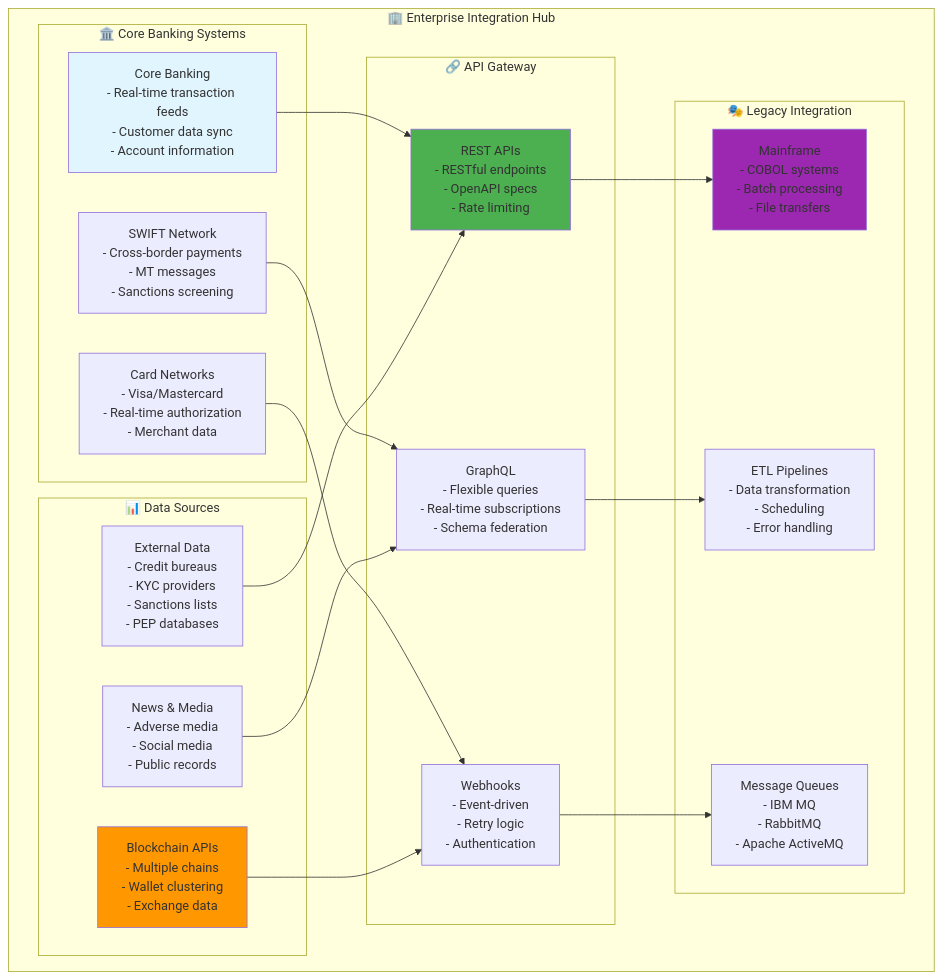
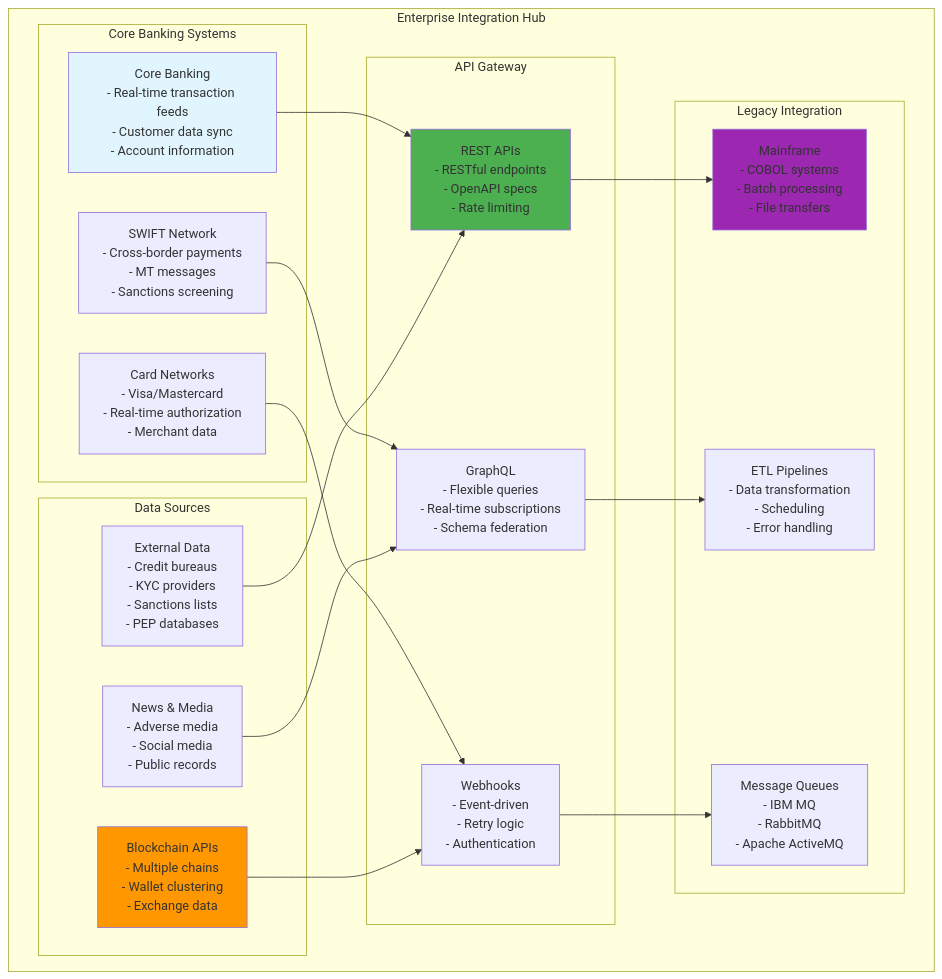
One commit to gregorizeidler-cw/LavandowskI-Chatbot changed diagram 11 of 11 in README.md. Above: the diagram before and after it, drawn with Mermaid. The commit also changed other lines of this file, not shown here.

````diff
--- a/README.md
+++ b/README.md
@@ -1513,45 +1513,45 @@
 ```mermaid
 graph TB
-    subgraph "🏢 Enterprise Integration Hub"
-        subgraph "🏛️ Core Banking Systems"
+    subgraph " Enterprise Integration Hub"
+        subgraph " Core Banking Systems"
             CBS[Core Banking<br/>- Real-time transaction feeds<br/>- Customer data sync<br/>- Account information]
             SWIFT[SWIFT Network<br/>- Cross-border payments<br/>- MT messages<br/>- Sanctions screening]
             CARD[Card Networks<br/>- Visa/Mastercard<br/>- Real-time authorization<br/>- Merchant data]
         end
         
-        subgraph "📊 Data Sources"
+        subgraph " Data Sources"
             EXTERNAL[External Data<br/>- Credit bureaus<br/>- KYC providers<br/>- Sanctions lists<br/>- PEP databases]
             NEWS[News & Media<br/>- Adverse media<br/>- Social media<br/>- Public records]
             BLOCKCHAIN[Blockchain APIs<br/>- Multiple chains<br/>- Wallet clustering<br/>- Exchange data]
         end
         
-        subgraph "🔗 API Gateway"
+        subgraph " API Gateway"
             REST[REST APIs<br/>- RESTful endpoints<br/>- OpenAPI specs<br/>- Rate limiting]
             GRAPHQL[GraphQL<br/>- Flexible queries<br/>- Real-time subscriptions<br/>- Schema federation]
             WEBHOOK[Webhooks<br/>- Event-driven<br/>- Retry logic<br/>- Authentication]
         end
         
-        subgraph "🎭 Legacy Integration"
+        subgraph " Legacy Integration"
             MAINFRAME[Mainframe<br/>- COBOL systems<br/>- Batch processing<br/>- File transfers]
             ETL[ETL Pipelines<br/>- Data transformation<br/>- Scheduling<br/>- Error handling]
             MESSAGE[Message Queues<br/>- IBM MQ<br/>- RabbitMQ<br/>- Apache ActiveMQ]
         end
     end
     
     CBS --> REST
     SWIFT --> GRAPHQL
     CARD --> WEBHOOK
     
     EXTERNAL --> REST
     NEWS --> GRAPHQL
     BLOCKCHAIN --> WEBHOOK
     
     REST --> MAINFRAME
     GRAPHQL --> ETL
     WEBHOOK --> MESSAGE
     
     style CBS fill:#e1f5fe
     style BLOCKCHAIN fill:#ff9800
     style REST fill:#4caf50
     style MAINFRAME fill:#9c27b0
 ```
````
